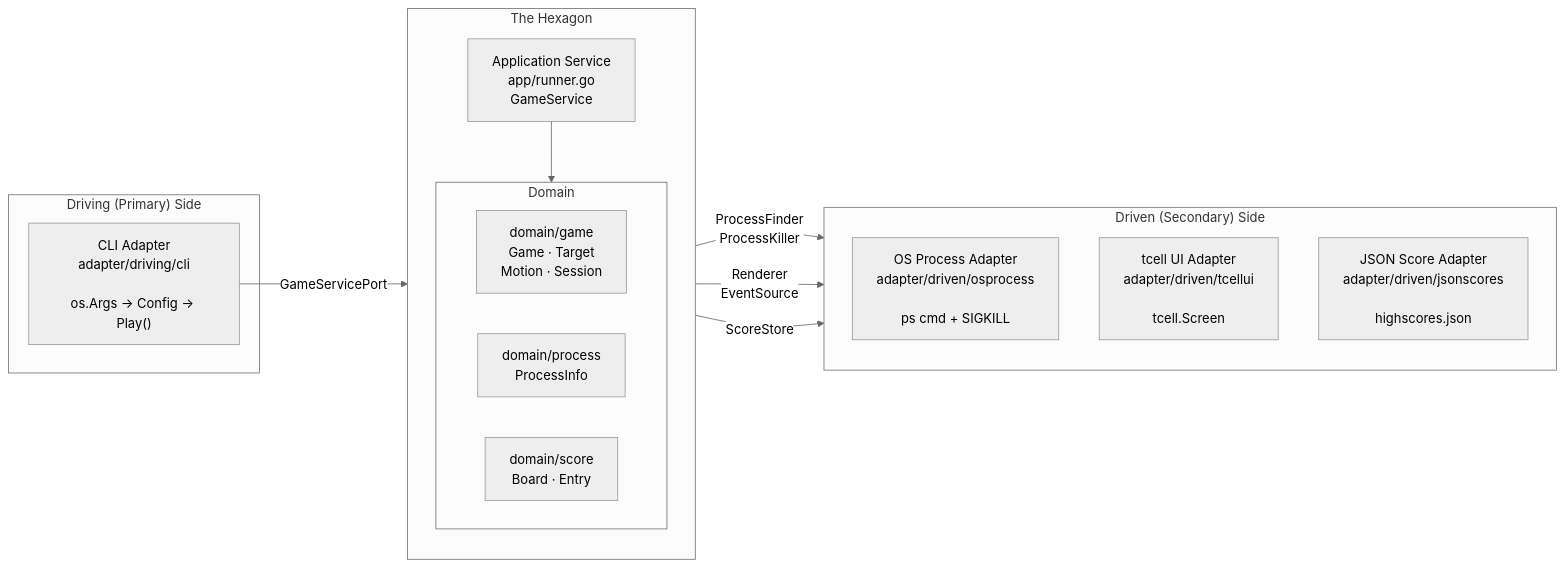
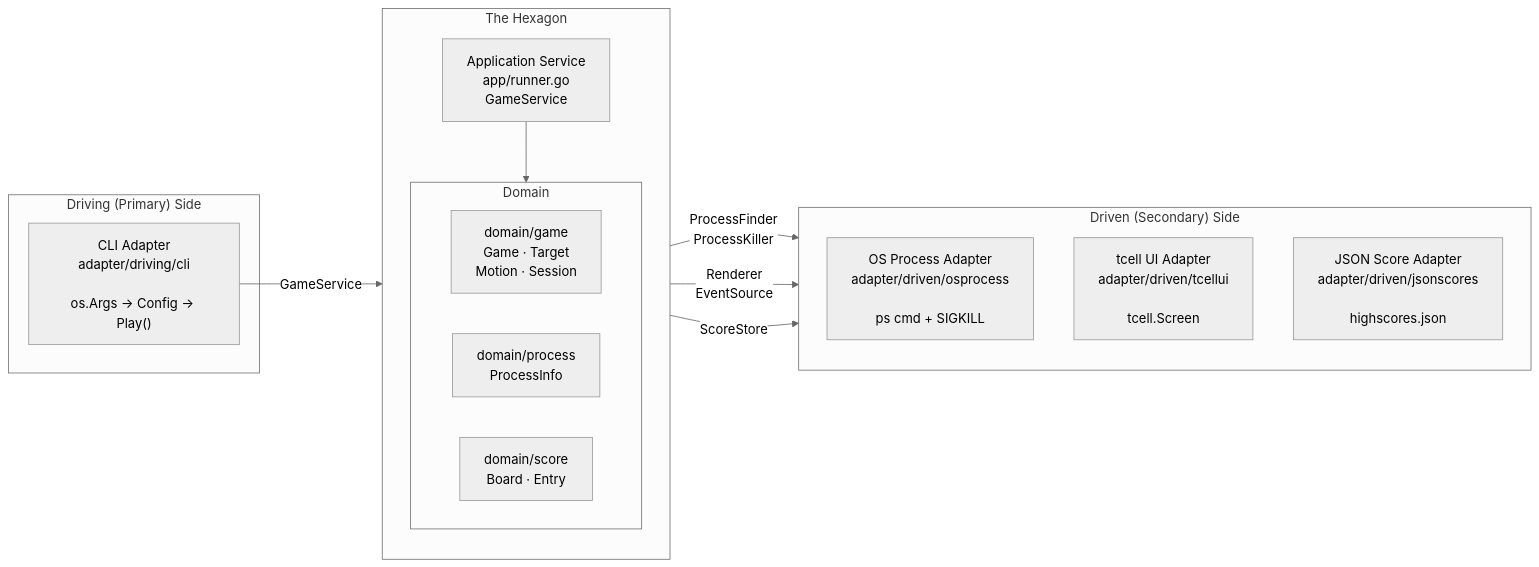
Before and after one commit to eirikur-ari/pidshooter: the first of 2 diagrams in docs/hexagonal-arc.md, drawn with Mermaid (neutral theme). The commit also changed other lines of this file and 6 other files, not shown here.

````diff
--- a/docs/hexagonal-arc.md
+++ b/docs/hexagonal-arc.md
@@ -105,30 +105,30 @@
 ```mermaid
 flowchart LR
     subgraph Driving["Driving (Primary) Side"]
         CLI["CLI Adapter\nadapter/driving/cli\n\nos.Args → Config → Play()"]
     end
 
     subgraph Hexagon["The Hexagon"]
         direction TB
         App["Application Service\napp/runner.go\nGameService"]
         subgraph Domain["Domain"]
             direction LR
             DGame["domain/game\nGame · Target\nMotion · Session"]
             DProc["domain/process\nProcessInfo"]
             DScore["domain/score\nBoard · Entry"]
         end
         App --> Domain
     end
 
     subgraph Driven["Driven (Secondary) Side"]
         direction TB
         OSProc["OS Process Adapter\nadapter/driven/osprocess\n\nps cmd + SIGKILL"]
         TcellUI["tcell UI Adapter\nadapter/driven/tcellui\n\ntcell.Screen"]
         JSONScore["JSON Score Adapter\nadapter/driven/jsonscores\n\nhighscores.json"]
     end
 
-    CLI -- "GameServicePort" --> App
+    CLI -- "GameService" --> App
     App -- "ProcessFinder\nProcessKiller" --> OSProc
     App -- "Renderer\nEventSource" --> TcellUI
     App -- "ScoreStore" --> JSONScore
 ```
````
